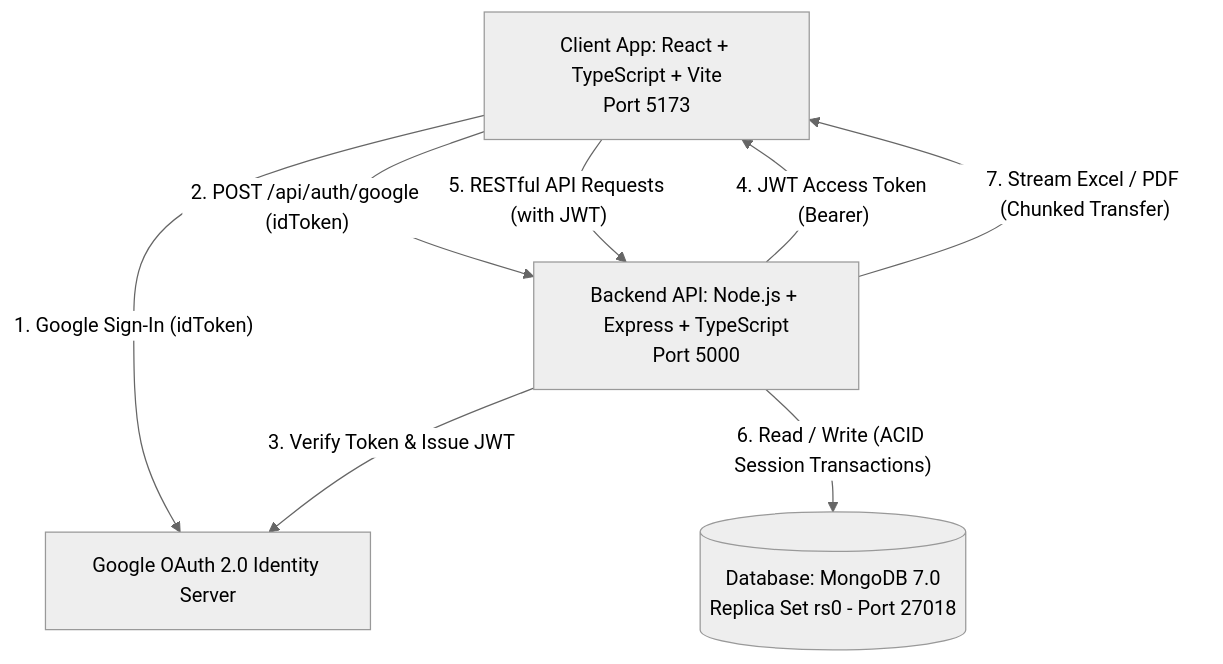
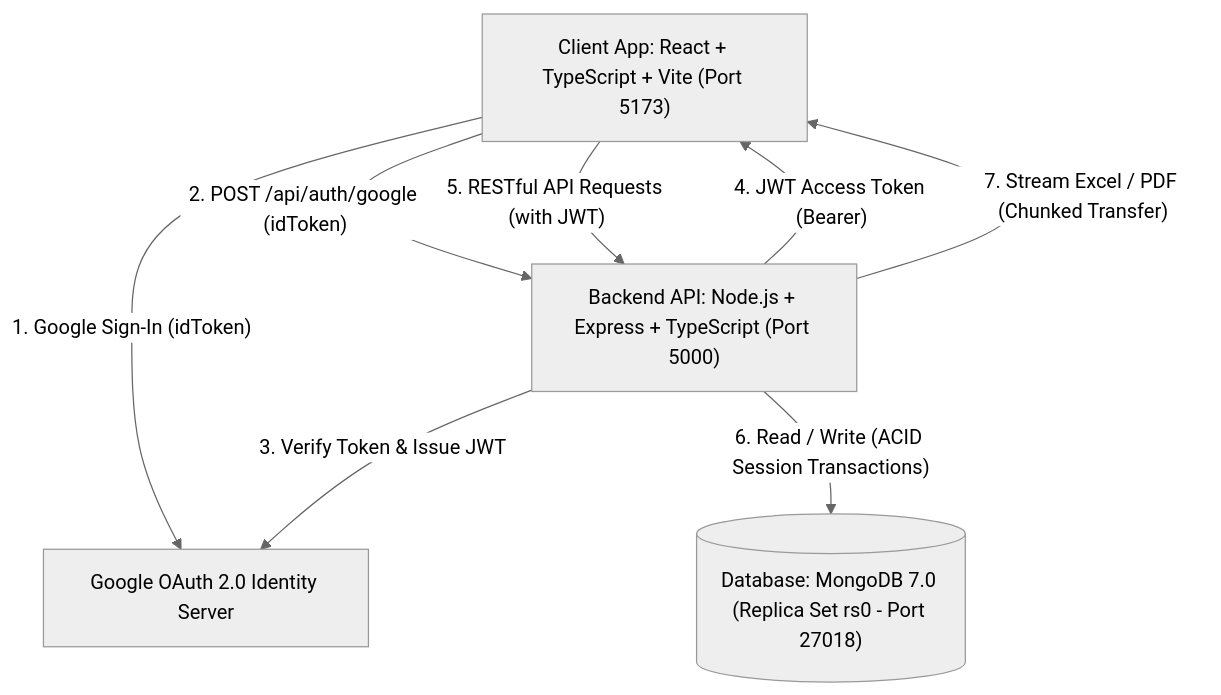
Before and after one commit to XnCanh/expense-tracker: the diagram in docs/architecture.md, drawn with Mermaid (neutral theme). The commit also changed 3 other files, not shown here.

Commit message:
fix(docs): fix mermaid diagram syntax for github renderer and sanitize credentials

````diff
--- a/docs/architecture.md
+++ b/docs/architecture.md
@@ -9,16 +9,16 @@
 ```mermaid
 graph TD
-    Client[Client App: React + TypeScript + Vite<br/>Port 5173]
-    Server[Backend API: Node.js + Express + TypeScript<br/>Port 5000]
-    DB[(Database: MongoDB 7.0<br/>Replica Set rs0 - Port 27018)]
-    Google[Google OAuth 2.0 Identity Server]
+    Client["Client App: React + TypeScript + Vite (Port 5173)"]
+    Server["Backend API: Node.js + Express + TypeScript (Port 5000)"]
+    DB[("Database: MongoDB 7.0 (Replica Set rs0 - Port 27018)")]
+    Google["Google OAuth 2.0 Identity Server"]
 
     Client -- "1. Google Sign-In (idToken)" --> Google
     Client -- "2. POST /api/auth/google (idToken)" --> Server
     Server -- "3. Verify Token & Issue JWT" --> Google
     Server -- "4. JWT Access Token (Bearer)" --> Client
 
     Client -- "5. RESTful API Requests (with JWT)" --> Server
     Server -- "6. Read / Write (ACID Session Transactions)" --> DB
     Server -- "7. Stream Excel / PDF (Chunked Transfer)" --> Client
 ```
````
